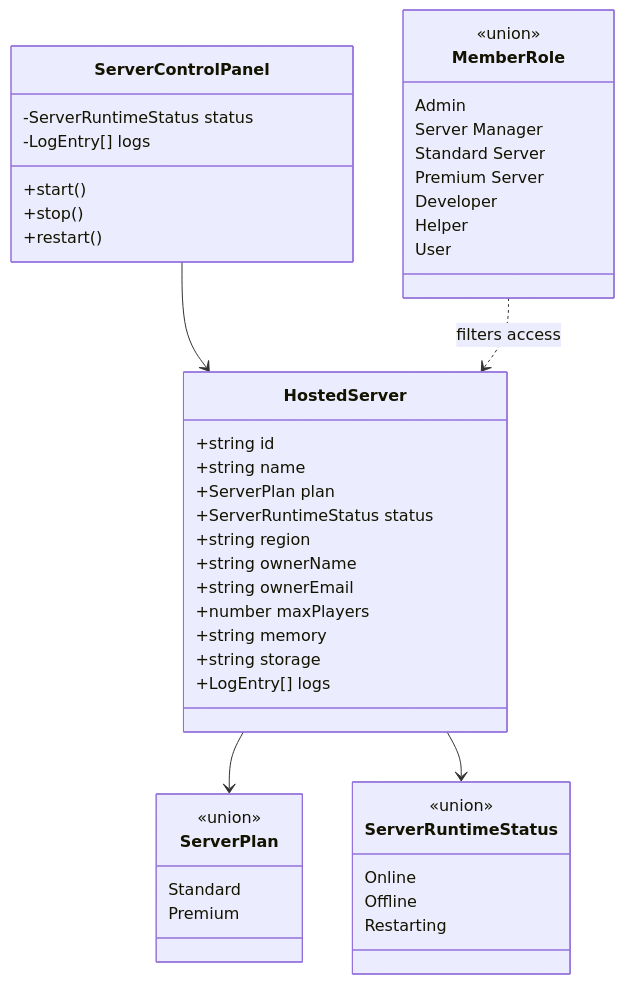
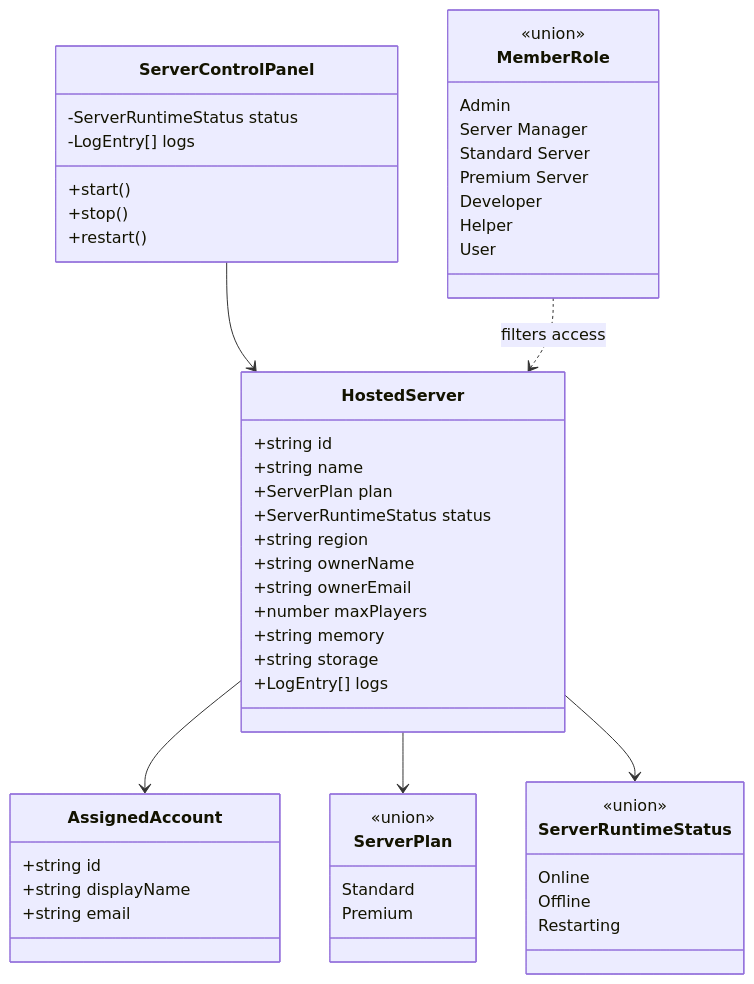
Before and after one commit to Bannerlord-Coop-Team/BannerlordCoop-website: the first of 2 diagrams in docs/server-hosting-design.md, drawn with Mermaid. The commit also changed other lines of this file and 5 other files, not shown here.

Commit message:
Show assigned accounts for hosted servers

````diff
--- a/docs/server-hosting-design.md
+++ b/docs/server-hosting-design.md
@@ -19,48 +20,54 @@
 ```mermaid
 classDiagram
     class MemberRole {
         <<union>>
         Admin
         Server Manager
         Standard Server
         Premium Server
         Developer
         Helper
         User
     }
     class HostedServer {
         +string id
         +string name
         +ServerPlan plan
         +ServerRuntimeStatus status
         +string region
         +string ownerName
         +string ownerEmail
         +number maxPlayers
         +string memory
         +string storage
         +LogEntry[] logs
     }
+    class AssignedAccount {
+        +string id
+        +string displayName
+        +string email
+    }
     class ServerPlan {
         <<union>>
         Standard
         Premium
     }
     class ServerRuntimeStatus {
         <<union>>
         Online
         Offline
         Restarting
     }
     class ServerControlPanel {
         -ServerRuntimeStatus status
         -LogEntry[] logs
         +start()
         +stop()
         +restart()
     }
+    HostedServer --> AssignedAccount
     HostedServer --> ServerPlan
     HostedServer --> ServerRuntimeStatus
     ServerControlPanel --> HostedServer
     MemberRole ..> HostedServer : filters access
 ```
````
